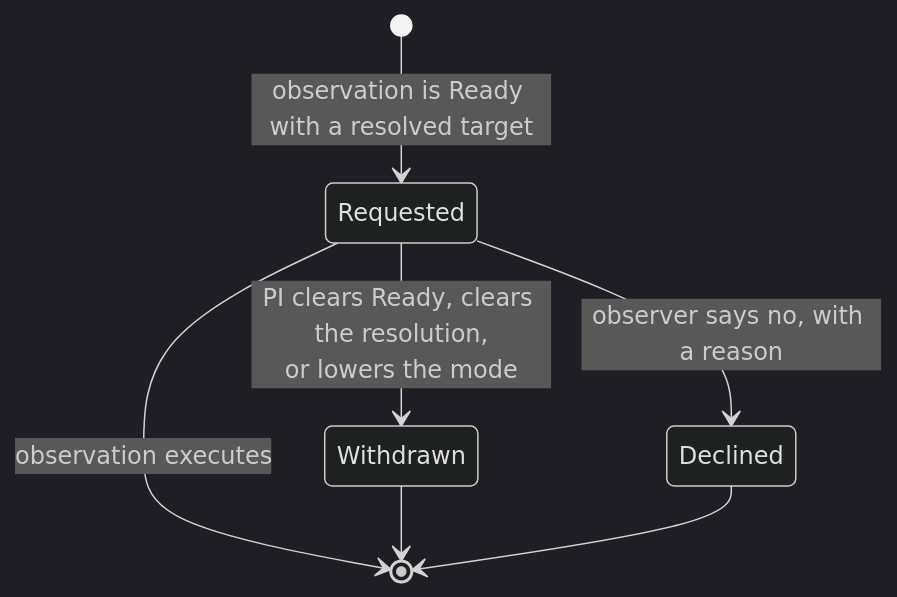
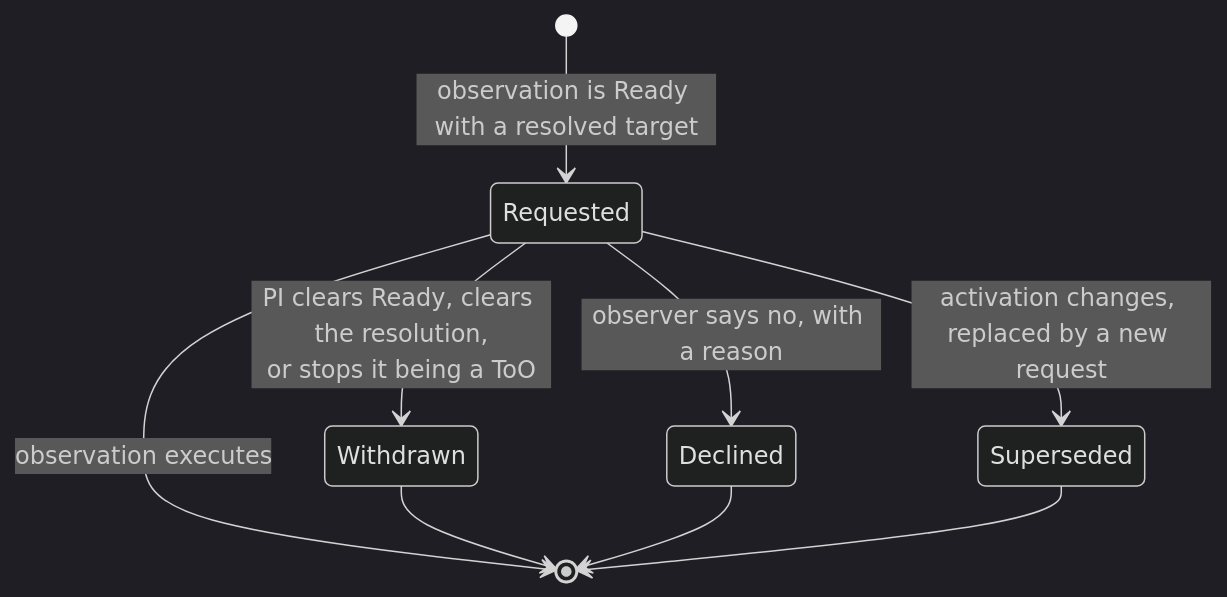
Before and after one commit to gemini-hlsw/lucuma-odb: the second of 2 diagrams in notes/too-scheduling-overview.md, drawn with Mermaid (dark theme). The commit also changed other lines of this file and 24 other files, not shown here.

````diff
--- a/notes/too-scheduling-overview.md
+++ b/notes/too-scheduling-overview.md
@@ -198,9 +209,11 @@
 ```mermaid
 stateDiagram-v2
     [*] --> Requested: observation is Ready with a resolved target
-    Requested --> Withdrawn: PI clears Ready, clears the resolution,<br/>or lowers the mode
+    Requested --> Withdrawn: PI clears Ready, clears the resolution,<br/>or stops it being a ToO
     Requested --> Declined: observer says no, with a reason
+    Requested --> Superseded: activation changes, replaced by a new request
     Requested --> [*]: observation executes
     Withdrawn --> [*]
     Declined --> [*]
+    Superseded --> [*]
 ```
````
